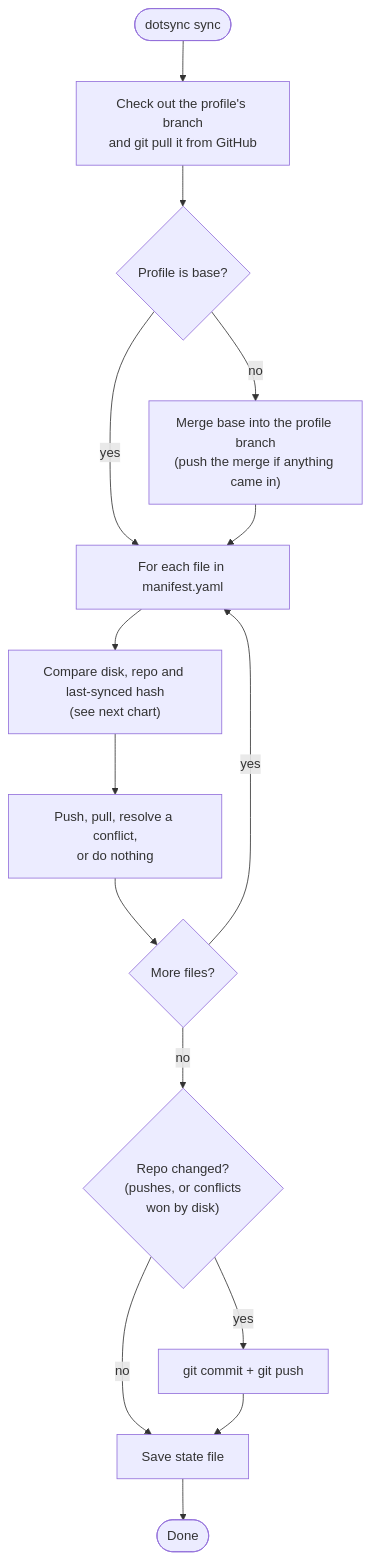
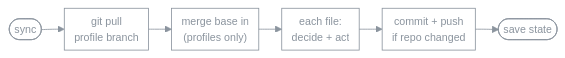
One commit to denomolo/dotsync changed the third of 4 diagrams in README.md. Above: the diagram before and after it, drawn with Mermaid. The commit also changed other lines of this file, not shown here.

First line of the commit message:
README: move "How it works" to the end, compact the diagrams

````diff
--- a/README.md
+++ b/README.md
@@ -44,17 +334,9 @@
 ```mermaid
-flowchart TD
-    start(["dotsync sync"]) --> pull["Check out the profile's branch<br/>and git pull it from GitHub"]
-    pull --> isbase{"Profile is base?"}
-    isbase -- no --> merge["Merge base into the profile branch<br/>(push the merge if anything came in)"]
-    isbase -- yes --> each
-    merge --> each["For each file in manifest.yaml"]
-    each --> decide["Compare disk, repo and last-synced hash<br/>(see next chart)"]
-    decide --> act["Push, pull, resolve a conflict,<br/>or do nothing"]
-    act --> more{"More files?"}
-    more -- yes --> each
-    more -- no --> pushed{"Repo changed?<br/>(pushes, or conflicts<br/>won by disk)"}
-    pushed -- yes --> commit["git commit + git push"]
-    pushed -- no --> save
-    commit --> save["Save state file"]
-    save --> done(["Done"])
+%%{init: {"theme": "base", "themeVariables": {"background": "#00000000", "primaryColor": "#00000000", "mainBkg": "#00000000", "secondaryColor": "#00000000", "tertiaryColor": "#00000000", "clusterBkg": "#00000000", "edgeLabelBackground": "#00000000", "primaryBorderColor": "#8b949e", "lineColor": "#8b949e", "primaryTextColor": "#8b949e", "textColor": "#8b949e", "fontSize": "13px"}, "themeCSS": ".edgeLabel, .edgeLabel p, .edgeLabel span, .labelBkg { background-color: transparent !important; } .edgeLabel rect { fill: transparent !important; }", "flowchart": {"nodeSpacing": 18, "rankSpacing": 28, "padding": 6, "diagramPadding": 4}}}%%
+flowchart LR
+    start(["sync"]) --> pull["git pull<br/>profile branch"]
+    pull --> merge["merge base in<br/>(profiles only)"]
+    merge --> each["each file:<br/>decide + act"]
+    each --> commit["commit + push<br/>if repo changed"]
+    commit --> save(["save state"])
 ```
````
